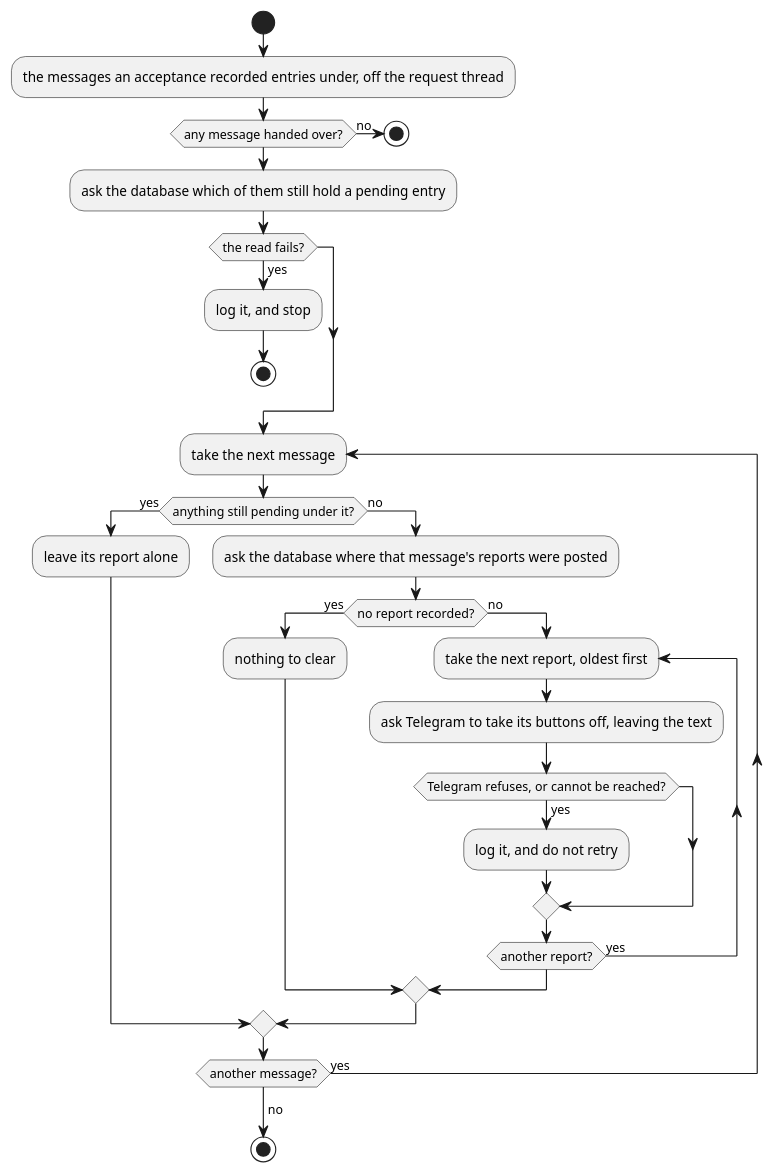
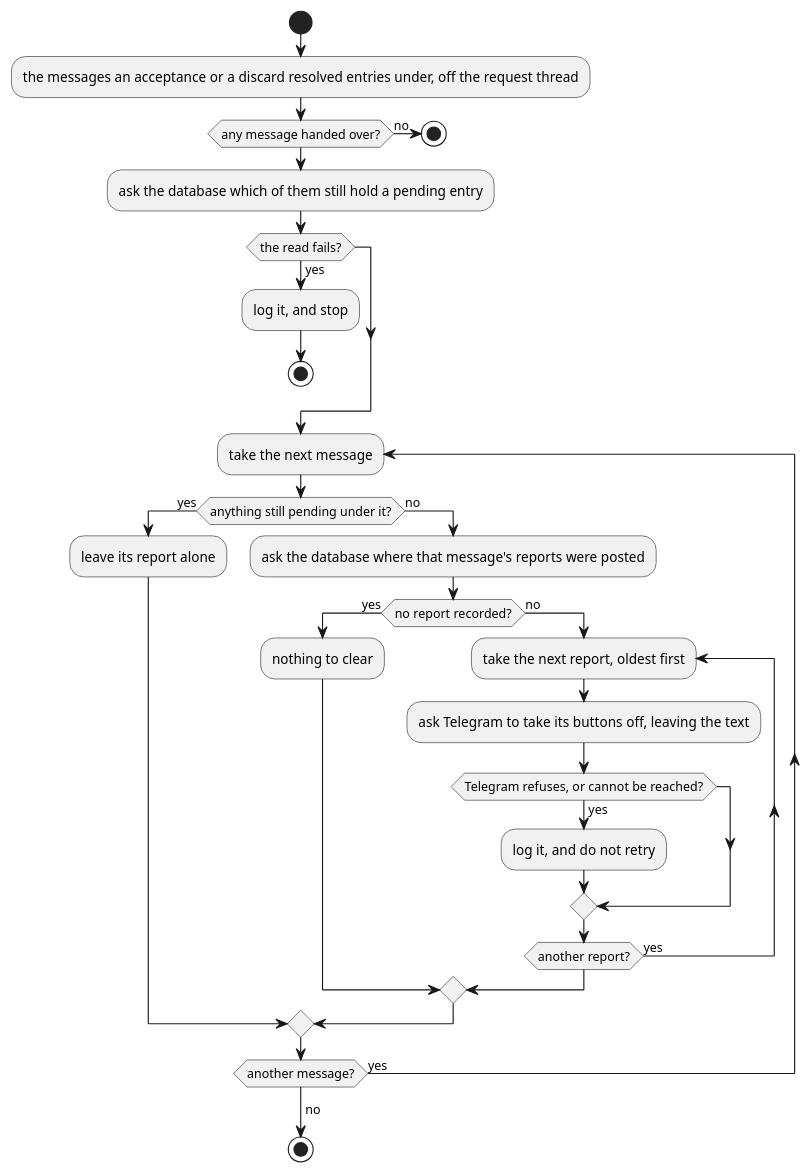
Before and after one commit to ds-usova/finance-bot: the second of 2 diagrams in ledger-service/docs/usecases/clear-emptied-reports.md, drawn with PlantUML. The commit also changed other lines of this file and 9 other files, not shown here.

````diff
--- a/ledger-service/docs/usecases/clear-emptied-reports.md
+++ b/ledger-service/docs/usecases/clear-emptied-reports.md
@@ -97,33 +96,33 @@
 ```plantuml
 @startuml ClearEmptiedReports-Activity
 start
-:the messages an acceptance recorded entries under, off the request thread;
+:the messages an acceptance or a discard resolved entries under, off the request thread;
 if (any message handed over?) then (no)
   stop
 endif
 :ask the database which of them still hold a pending entry;
 if (the read fails?) then (yes)
   :log it, and stop;
   stop
 endif
 repeat :take the next message;
   if (anything still pending under it?) then (yes)
     :leave its report alone;
   else (no)
     :ask the database where that message's reports were posted;
     if (no report recorded?) then (yes)
       :nothing to clear;
     else (no)
       repeat :take the next report, oldest first;
         :ask Telegram to take its buttons off, leaving the text;
         if (Telegram refuses, or cannot be reached?) then (yes)
           :log it, and do not retry;
         endif
       repeat while (another report?) is (yes)
     endif
   endif
 repeat while (another message?) is (yes)
 ->no;
 stop
 @enduml
 ```
````
